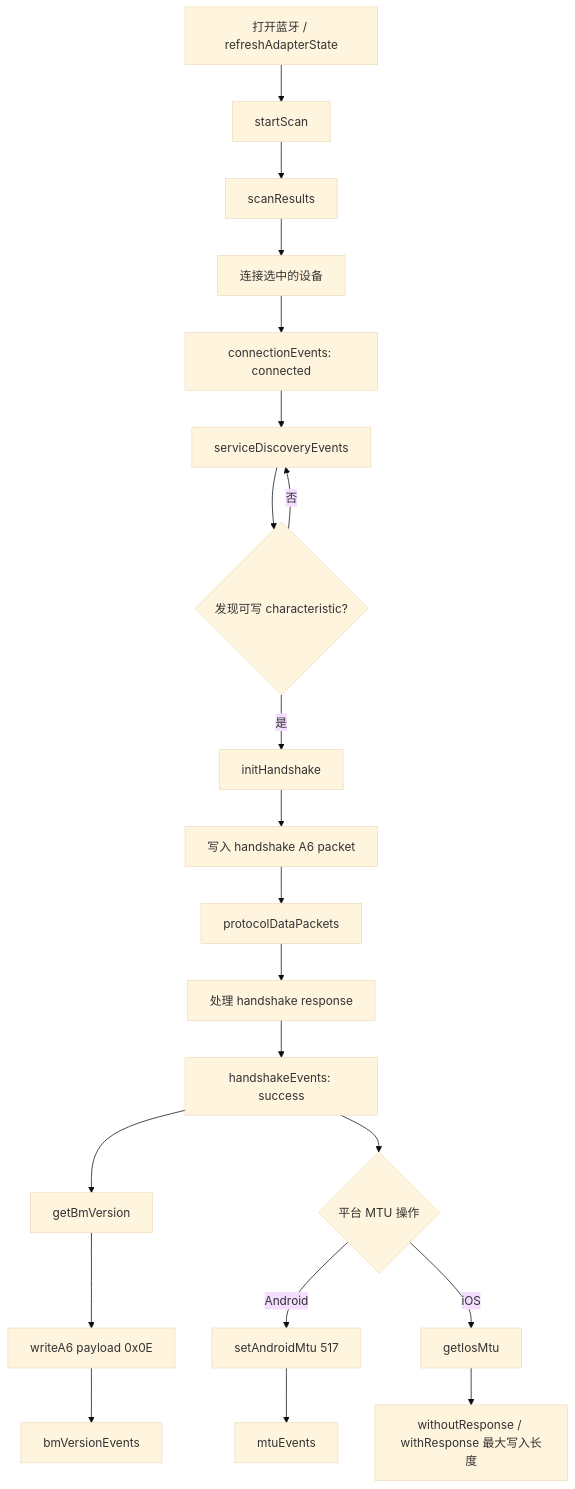
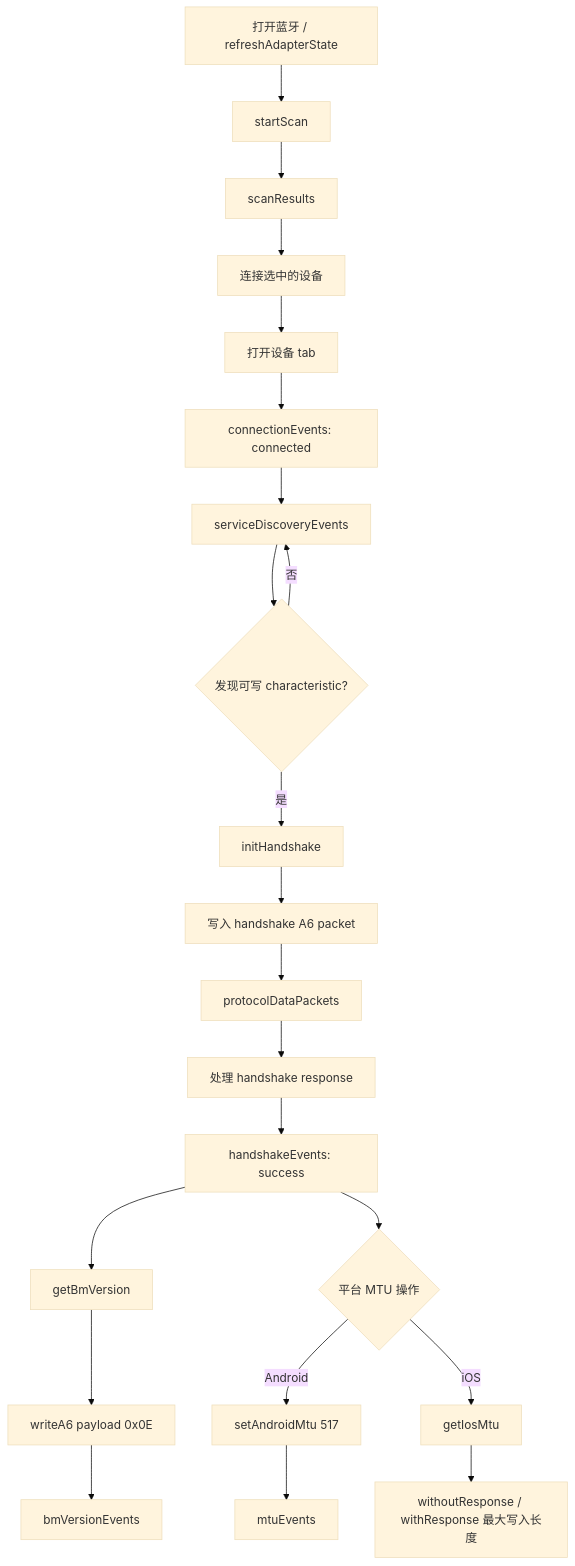
The diagram in README_ZH.md (elinkthings/flutter_elink_ble), drawn with Mermaid (base theme) before and after one commit. The commit also changed other lines of this file and 20 other files, not shown here.

````diff
--- a/README_ZH.md
+++ b/README_ZH.md
@@ -127,23 +130,24 @@
 ```mermaid
 flowchart TD
   A[打开蓝牙 / refreshAdapterState] --> B[startScan]
   B --> C[scanResults]
   C --> D[连接选中的设备]
-  D --> E[connectionEvents: connected]
-  E --> F[serviceDiscoveryEvents]
-  F --> G{发现可写 characteristic?}
-  G -- 否 --> F
-  G -- 是 --> H[initHandshake]
-  H --> I[写入 handshake A6 packet]
-  I --> J[protocolDataPackets]
-  J --> K[处理 handshake response]
-  K --> L[handshakeEvents: success]
-  L --> M[getBmVersion]
-  M --> N[writeA6 payload 0x0E]
-  N --> O[bmVersionEvents]
-  L --> P{平台 MTU 操作}
-  P -- Android --> Q[setAndroidMtu 517]
-  Q --> R[mtuEvents]
-  P -- iOS --> S[getIosMtu]
-  S --> T[withoutResponse / withResponse 最大写入长度]
+  D --> E[打开设备 tab]
+  E --> F[connectionEvents: connected]
+  F --> G[serviceDiscoveryEvents]
+  G --> H{发现可写 characteristic?}
+  H -- 否 --> G
+  H -- 是 --> I[initHandshake]
+  I --> J[写入 handshake A6 packet]
+  J --> K[protocolDataPackets]
+  K --> L[处理 handshake response]
+  L --> M[handshakeEvents: success]
+  M --> N[getBmVersion]
+  N --> O[writeA6 payload 0x0E]
+  O --> P[bmVersionEvents]
+  M --> Q{平台 MTU 操作}
+  Q -- Android --> R[setAndroidMtu 517]
+  R --> S[mtuEvents]
+  Q -- iOS --> T[getIosMtu]
+  T --> U[withoutResponse / withResponse 最大写入长度]
 ```
````
